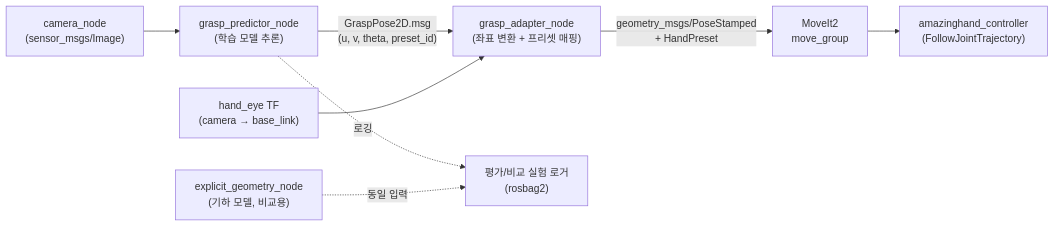
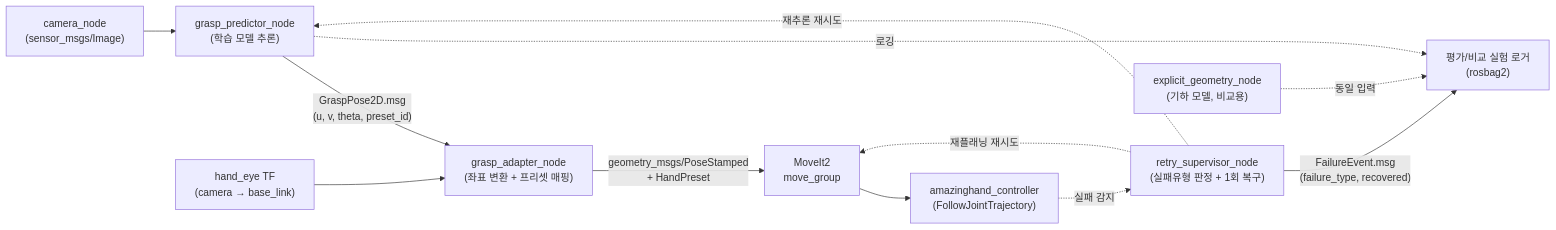
Before and after one commit to vpfmtldk/first-repository: the second of 2 diagrams in docs/grip-angle-auto-search.md, drawn with Mermaid. The commit also changed other lines of this file, not shown here.

````diff
--- a/docs/grip-angle-auto-search.md
+++ b/docs/grip-angle-auto-search.md
@@ -129,10 +170,14 @@
 ```mermaid
 flowchart LR
     CAM["camera_node\n(sensor_msgs/Image)"] --> INFER["grasp_predictor_node\n(학습 모델 추론)"]
     INFER -->|"GraspPose2D.msg\n(u, v, theta, preset_id)"| ADAPT["grasp_adapter_node\n(좌표 변환 + 프리셋 매핑)"]
     TF["hand_eye TF\n(camera → base_link)"] --> ADAPT
     ADAPT -->|"geometry_msgs/PoseStamped\n+ HandPreset"| MOVEIT["MoveIt2\nmove_group"]
     MOVEIT --> EXEC["amazinghand_controller\n(FollowJointTrajectory)"]
+    EXEC -.실패 감지.-> SUP["retry_supervisor_node\n(실패유형 판정 + 1회 복구)"]
+    SUP -.재추론 재시도.-> INFER
+    SUP -.재플래닝 재시도.-> MOVEIT
     INFER -.로깅.-> LOG["평가/비교 실험 로거\n(rosbag2)"]
+    SUP -->|"FailureEvent.msg\n(failure_type, recovered)"| LOG
     GEOM["explicit_geometry_node\n(기하 모델, 비교용)"] -.동일 입력.-> LOG
 ```
````
